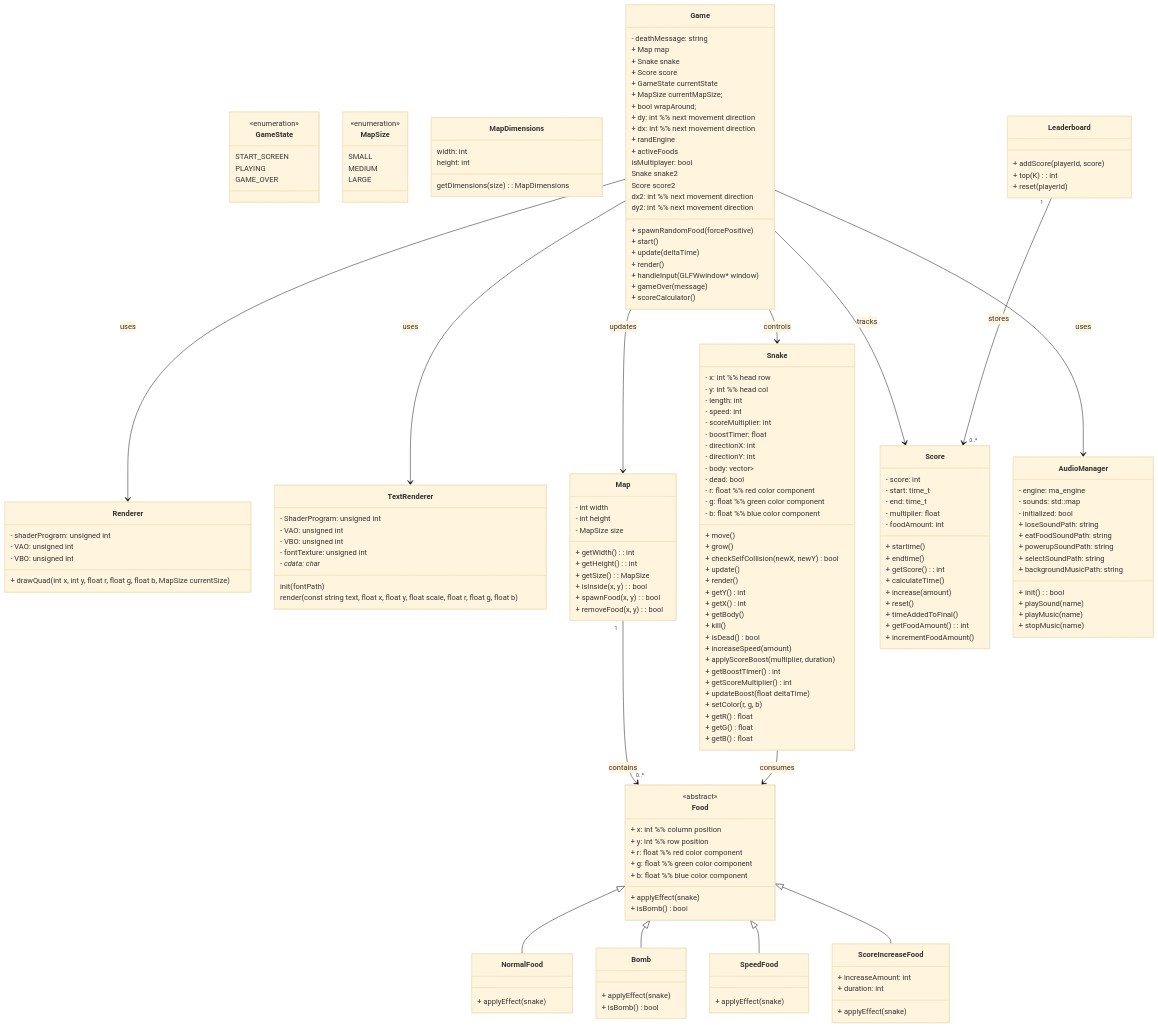
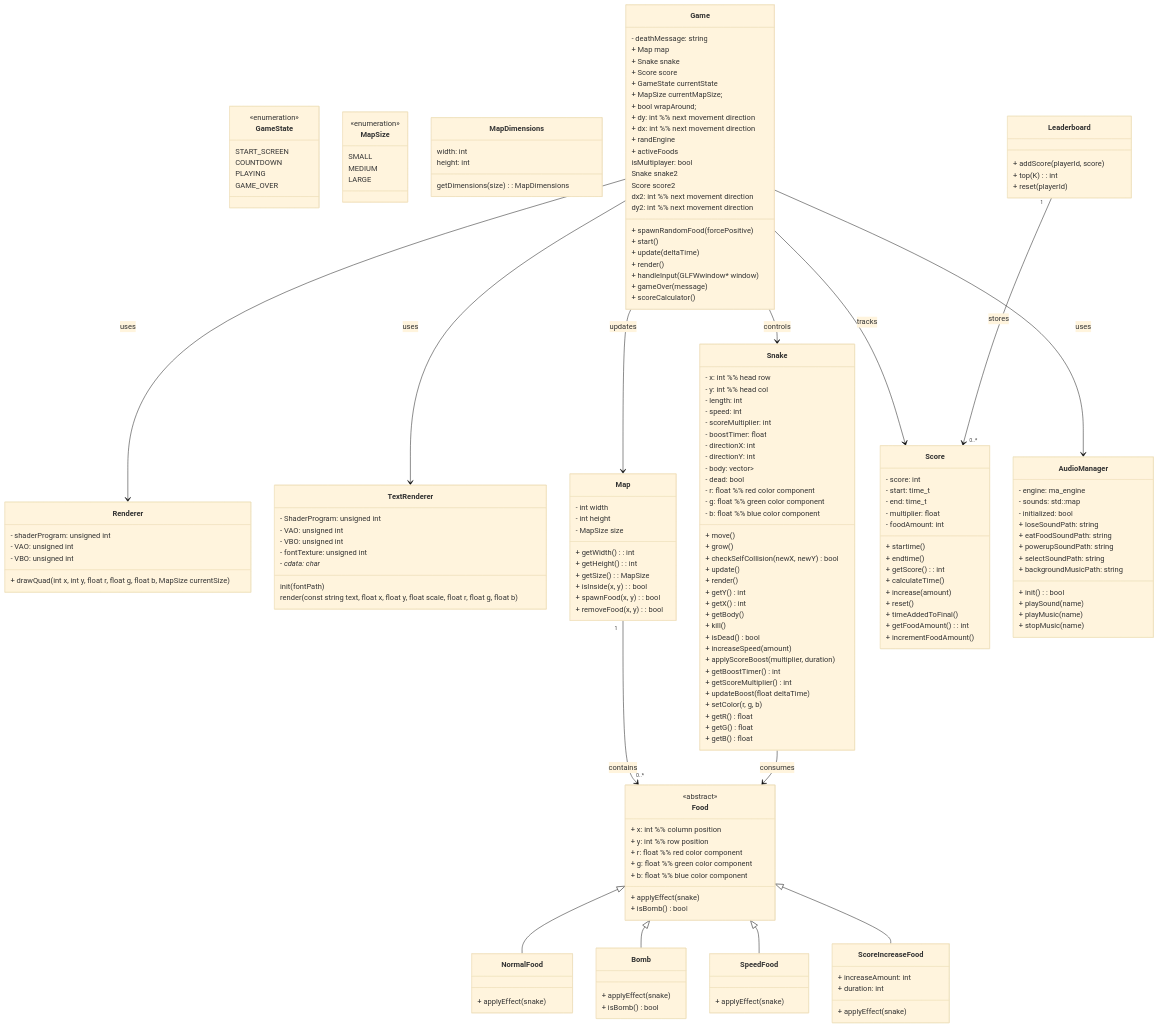
One commit to KhioneWinter/PA5-Snake changed the diagram in README.md. Above: the diagram before and after it, drawn with Mermaid (base theme). The commit also changed 2 other files, not shown here.

Commit message:
countdown logic

```diff
--- a/README.md
+++ b/README.md
@@ -161,6 +161,7 @@
 class GameState {
     <<enumeration>>
     START_SCREEN
+    COUNTDOWN
     PLAYING
     GAME_OVER
 }
```
